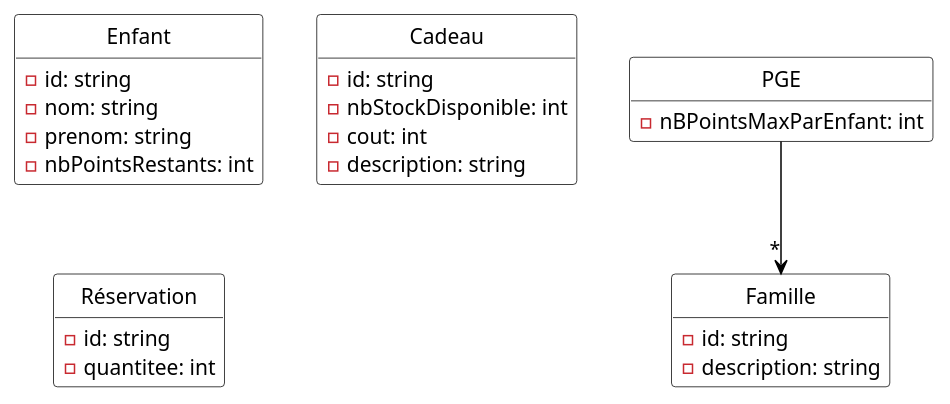
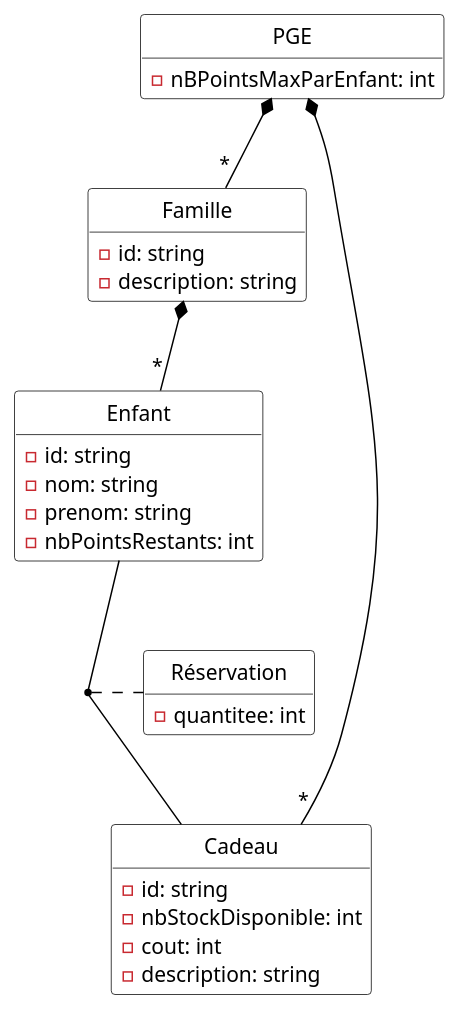
One commit to yasminebelmaaziz/dev_logiciel changed the diagram in Diagrammes/pge_uml_diag_classes.pu. Above: the diagram before and after it, drawn with PlantUML. The commit also changed 4 other files, not shown here.

Commit message:
ajout relations diagramme de classes

```diff
--- a/Diagrammes/pge_uml_diag_classes.pu
+++ b/Diagrammes/pge_uml_diag_classes.pu
@@ -1,43 +1,49 @@
 @startuml
 hide empty methods
 hide circle
 skinparam class {
   BackgroundColor White
   ArrowColor Black
   BorderColor Black
 }
 skinparam groupInheritance 3
 
 class PGE {
   - nBPointsMaxParEnfant: int
 }
 
 class Famille {
   - id: string
   - description: string
 }
 
 class Enfant {
   - id: string
   - nom: string
   - prenom: string
   - nbPointsRestants: int
 }
 
 class Cadeau {
   - id: string
   - nbStockDisponible: int
   - cout: int
   - description: string
 }
 
 class Réservation {
-  - id: string
   - quantitee: int
 }
 
 
 
-PGE --> "*" Famille
+PGE *-- "*" Famille
+PGE *-- "*" Cadeau
+
+Enfant -- Cadeau
+(Enfant, Cadeau) .. Réservation
+
+Famille *-- "*" Enfant
+
 
 @enduml
```
